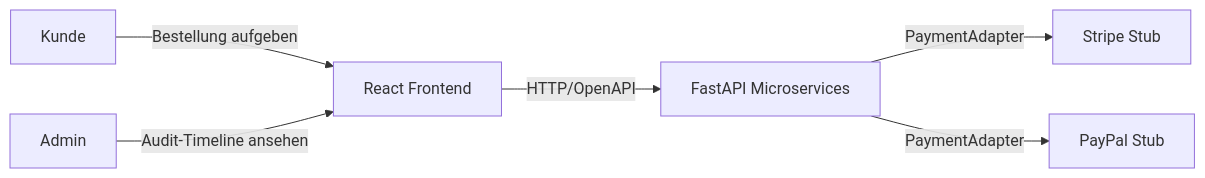
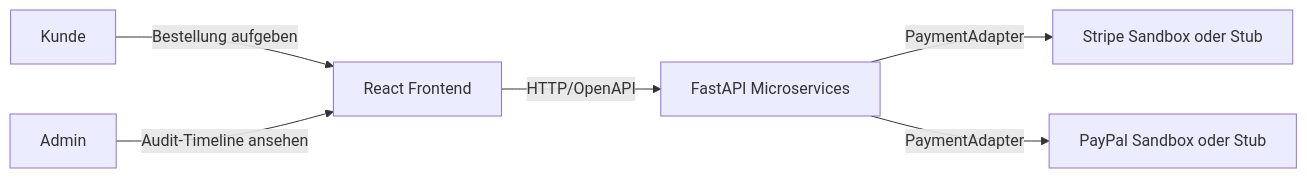
One commit to chips199/webshop-vse changed the first of 4 diagrams in docs/architecture.md. Above: the diagram before and after it, drawn with Mermaid. The commit also changed other lines of this file and 41 other files, not shown here.

````diff
--- a/docs/architecture.md
+++ b/docs/architecture.md
@@ -17,15 +17,15 @@
 ```mermaid
 flowchart LR
     Customer[Kunde]
     Admin[Admin]
     Frontend[React Frontend]
     Services[FastAPI Microservices]
-    Stripe[Stripe Stub]
-    PayPal[PayPal Stub]
+    Stripe[Stripe Sandbox oder Stub]
+    PayPal[PayPal Sandbox oder Stub]
 
     Customer -->|Bestellung aufgeben| Frontend
     Admin -->|Audit-Timeline ansehen| Frontend
     Frontend -->|HTTP/OpenAPI| Services
     Services -->|PaymentAdapter| Stripe
     Services -->|PaymentAdapter| PayPal
 ```
````
